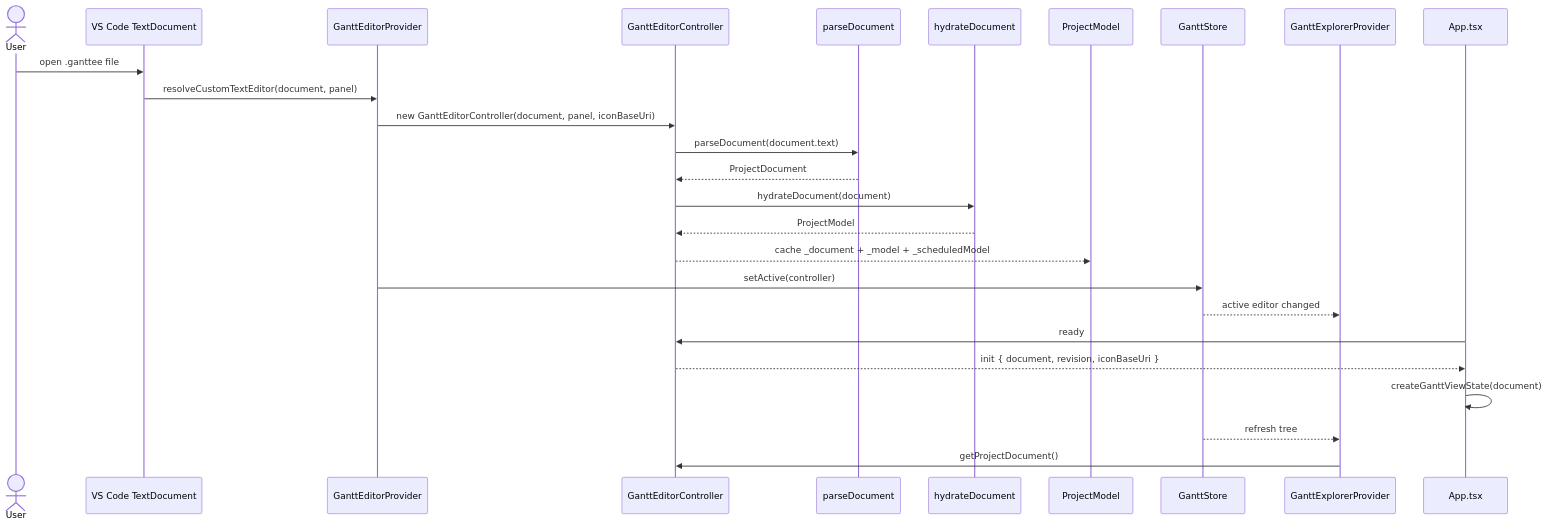
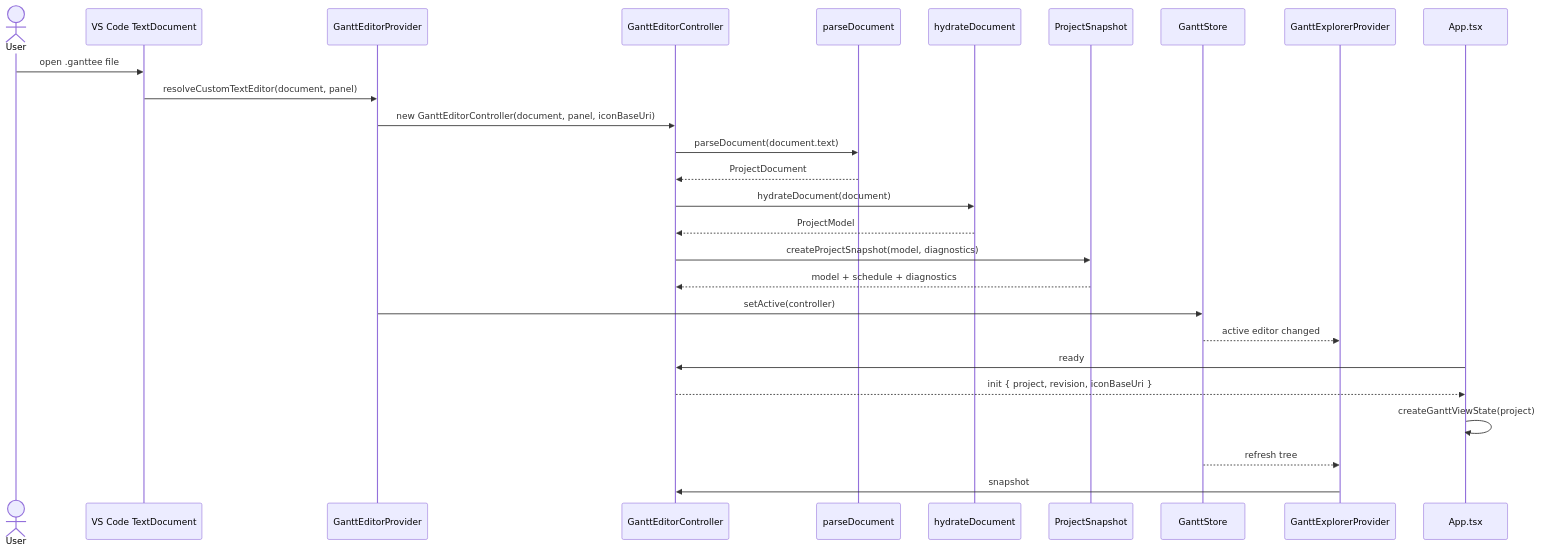
Before and after one commit to sergehas/ganttee: the second of 6 diagrams in docs/documentation/gantt-model-hydration.md, drawn with Mermaid. The commit also changed other lines of this file and 46 other files, not shown here.

````diff
--- a/docs/documentation/gantt-model-hydration.md
+++ b/docs/documentation/gantt-model-hydration.md
@@ -96,30 +103,31 @@
 ```mermaid
 sequenceDiagram
     actor User
     participant VSC as VS Code TextDocument
     participant Provider as GanttEditorProvider
     participant Ctrl as GanttEditorController
     participant Parse as parseDocument
     participant Hydrate as hydrateDocument
-    participant Model as ProjectModel
+    participant Snapshot as ProjectSnapshot
     participant Store as GanttStore
     participant Tree as GanttExplorerProvider
     participant App as App.tsx
 
     User->>VSC: open .ganttee file
     VSC->>Provider: resolveCustomTextEditor(document, panel)
     Provider->>Ctrl: new GanttEditorController(document, panel, iconBaseUri)
     Ctrl->>Parse: parseDocument(document.text)
     Parse-->>Ctrl: ProjectDocument
     Ctrl->>Hydrate: hydrateDocument(document)
     Hydrate-->>Ctrl: ProjectModel
-    Ctrl-->>Model: cache _document + _model + _scheduledModel
+    Ctrl->>Snapshot: createProjectSnapshot(model, diagnostics)
+    Snapshot-->>Ctrl: model + schedule + diagnostics
     Provider->>Store: setActive(controller)
     Store-->>Tree: active editor changed
 
     App->>Ctrl: ready
-    Ctrl-->>App: init { document, revision, iconBaseUri }
-    App->>App: createGanttViewState(document)
+    Ctrl-->>App: init { project, revision, iconBaseUri }
+    App->>App: createGanttViewState(project)
     Store-->>Tree: refresh tree
-    Tree->>Ctrl: getProjectDocument()
+    Tree->>Ctrl: snapshot
 ```
````
